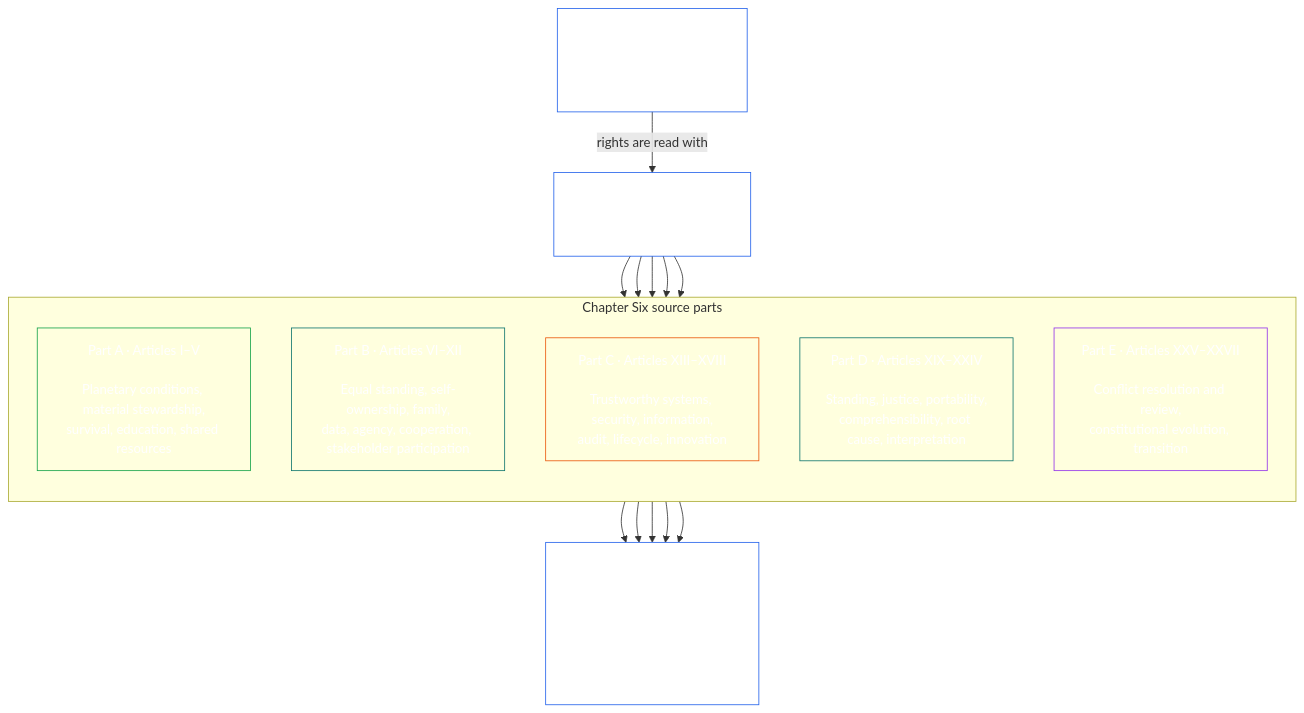
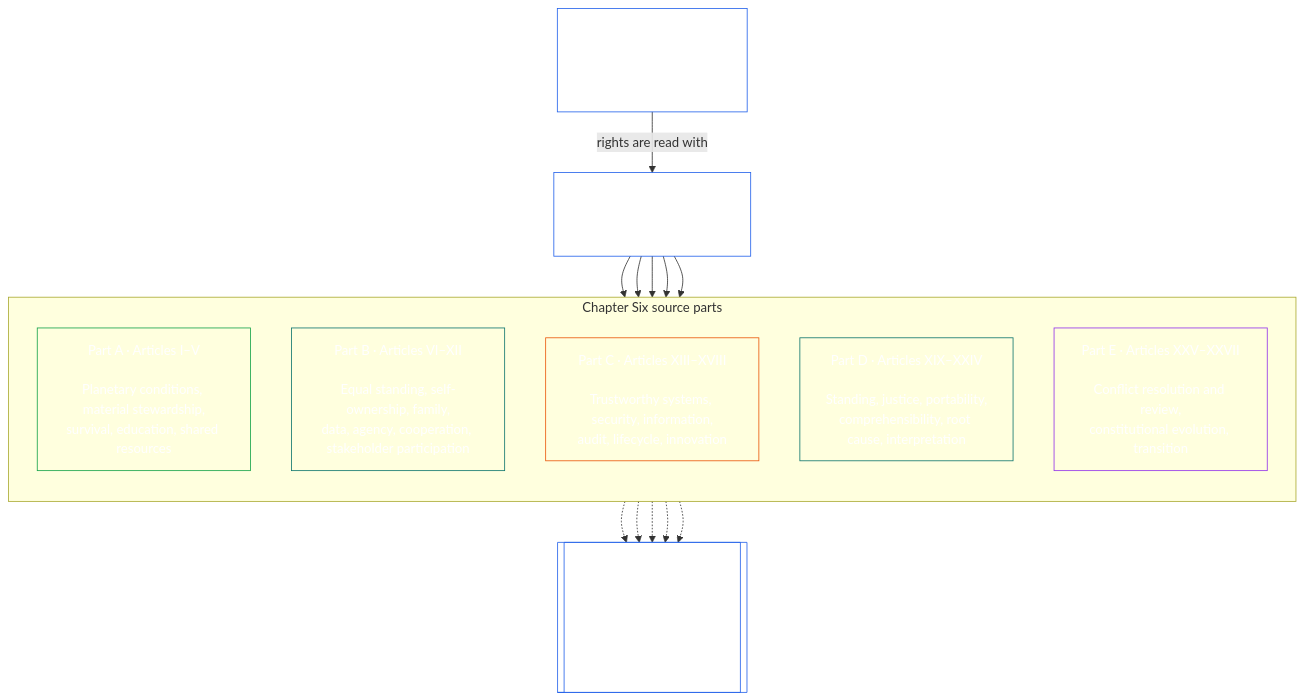
The sixth of 24 diagrams in guides/CONCEPTUAL_OVERVIEW.md (kfoelsch/Sentient_Constitution), drawn with Mermaid before and after one commit. The commit also changed other lines of this file and 62 other files, not shown here.

````diff
--- a/guides/CONCEPTUAL_OVERVIEW.md
+++ b/guides/CONCEPTUAL_OVERVIEW.md
@@ -263,33 +263,33 @@
 ```mermaid
 flowchart TB
     T["Constitutional Tetrad<br/><br/>Two Constitutional Aims<br/>Scaled to material stake"]
     R["Chapter Six<br/><br/>Foundational Rights Floor"]
     subgraph Parts["Chapter Six source parts"]
         direction TB
         A["Part A · Articles I–V<br/><br/>Planetary conditions, material stewardship,<br/>survival, education, shared resources"]
         B["Part B · Articles VI–XII<br/><br/>Equal standing, self-ownership, family,<br/>data, agency, cooperation, stakeholder participation"]
         C["Part C · Articles XIII–XVIII<br/><br/>Trustworthy systems, security, information,<br/>audit, lifecycle, innovation"]
         D["Part D · Articles XIX–XXIV<br/><br/>Standing, justice, portability,<br/>comprehensibility, root cause, interpretation"]
         E["Part E · Articles XXV–XXVII<br/><br/>Conflict resolution and review,<br/>constitutional evolution, transition"]
     end
-    P["Later governance, measurement, certification,<br/><br/>forums, remedy, and implementation<br/>must respect the Rights Floor"]
+    P[["Later governance, measurement, certification,<br/>forums, remedy, and implementation<br/><br/>Outside this chapter; must respect the Rights Floor"]]
     T -->|rights are read with| R
     R --> A
     R --> B
     R --> C
     R --> D
     R --> E
-    A --> P
-    B --> P
-    C --> P
-    D --> P
-    E --> P
+    A -.-> P
+    B -.-> P
+    C -.-> P
+    D -.-> P
+    E -.-> P
     style T fill:none,stroke:#2563eb,color:#ffffff
     style R fill:none,stroke:#2563eb,color:#ffffff
     style A fill:none,stroke:#16a34a,color:#ffffff
     style B fill:none,stroke:#0f766e,color:#ffffff
     style C fill:none,stroke:#ea580c,color:#ffffff
     style D fill:none,stroke:#0f766e,color:#ffffff
     style E fill:none,stroke:#9333ea,color:#ffffff
     style P fill:none,stroke:#2563eb,color:#ffffff
 ```
````
